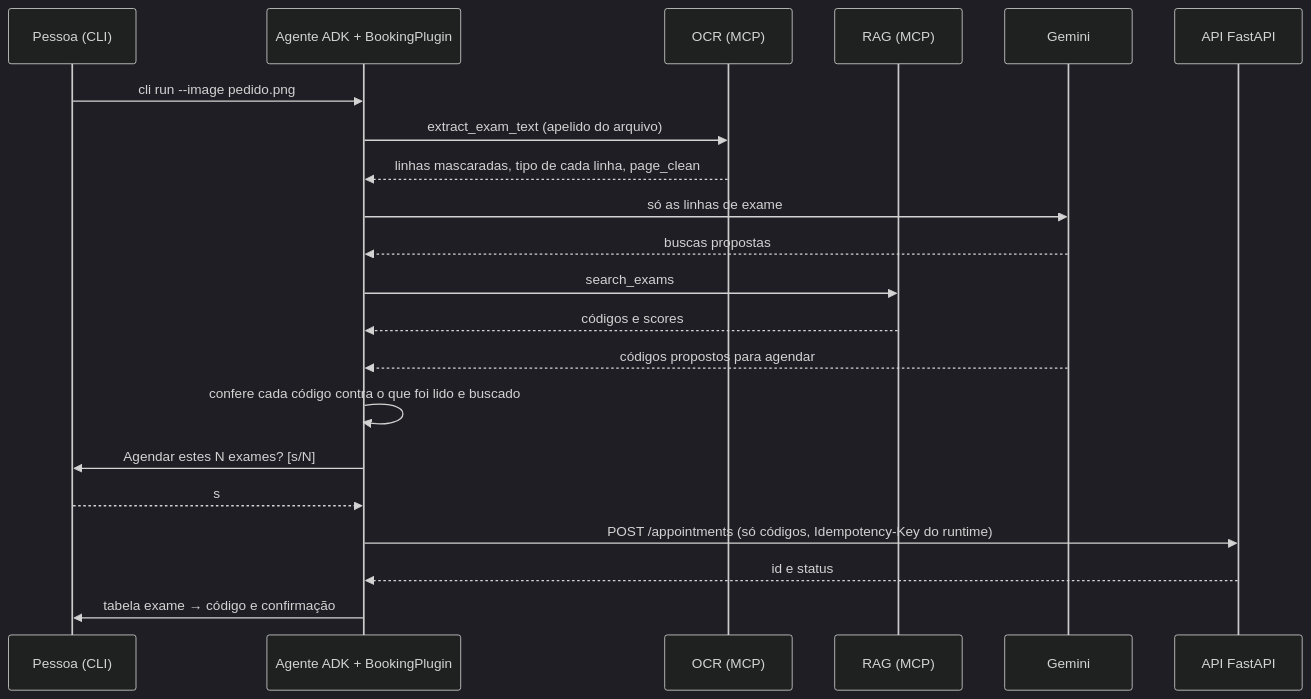
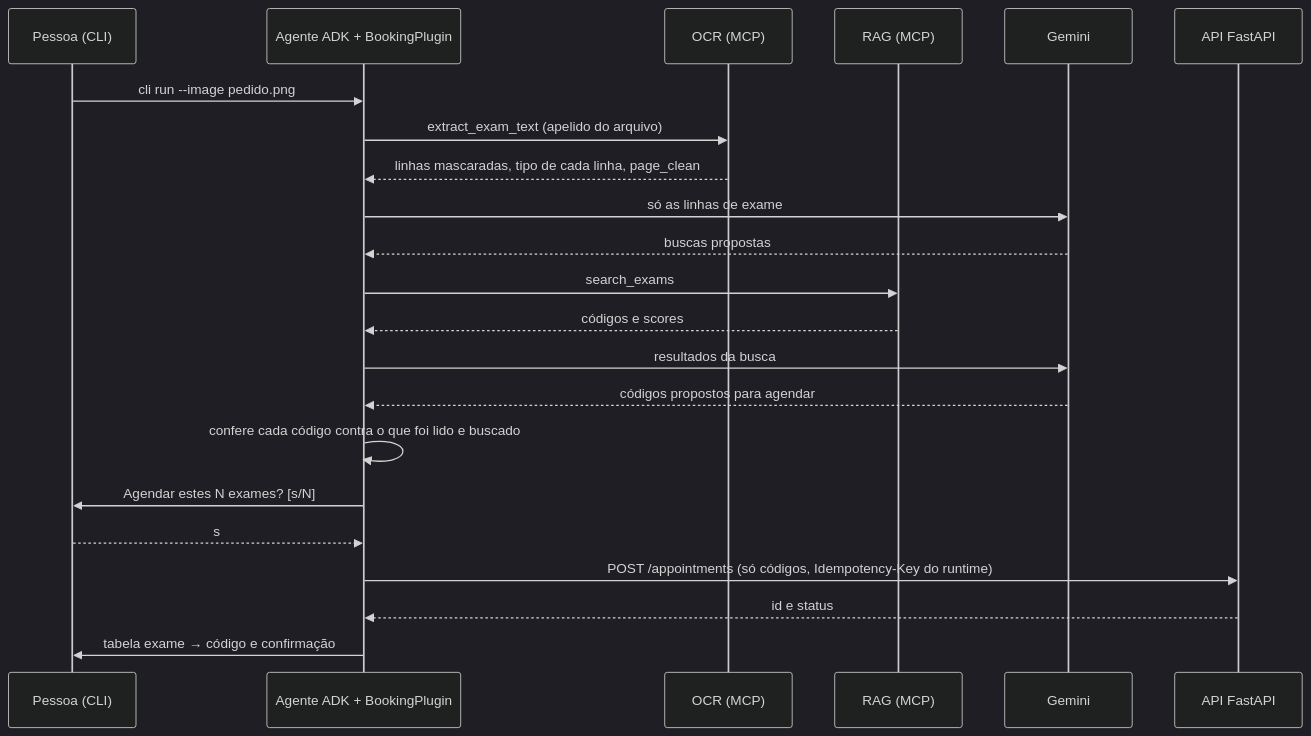
The diagram in docs/arquitetura.md (Cabraiz/rag-local-app), drawn with Mermaid (dark theme) before and after one commit. The commit also changed 8 other files, not shown here.

````diff
--- a/docs/arquitetura.md
+++ b/docs/arquitetura.md
@@ -46,23 +46,24 @@
 ```mermaid
 sequenceDiagram
     participant P as Pessoa (CLI)
     participant A as Agente ADK + BookingPlugin
     participant O as OCR (MCP)
     participant R as RAG (MCP)
     participant G as Gemini
     participant API as API FastAPI
     P->>A: cli run --image pedido.png
     A->>O: extract_exam_text (apelido do arquivo)
     O-->>A: linhas mascaradas, tipo de cada linha, page_clean
     A->>G: só as linhas de exame
     G-->>A: buscas propostas
     A->>R: search_exams
     R-->>A: códigos e scores
+    A->>G: resultados da busca
     G-->>A: códigos propostos para agendar
     A->>A: confere cada código contra o que foi lido e buscado
     A->>P: Agendar estes N exames? [s/N]
     P-->>A: s
     A->>API: POST /appointments (só códigos, Idempotency-Key do runtime)
     API-->>A: id e status
     A->>P: tabela exame → código e confirmação
 ```
````
